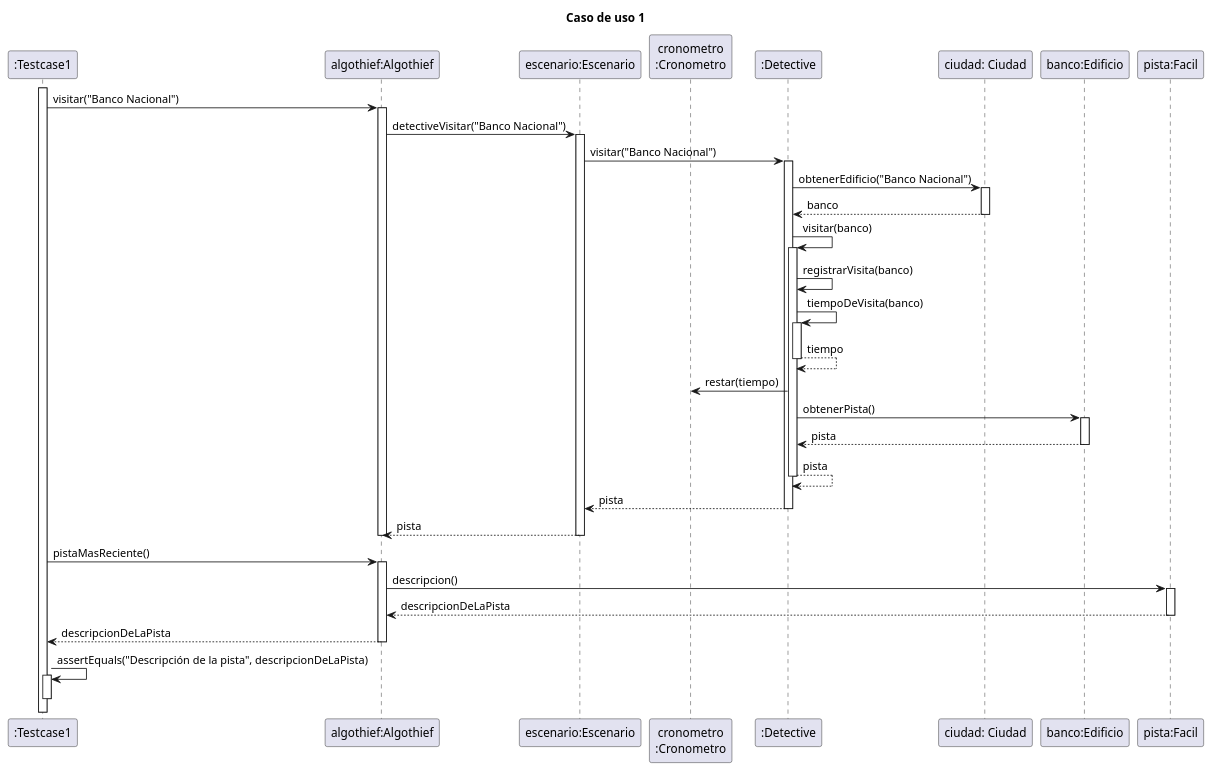
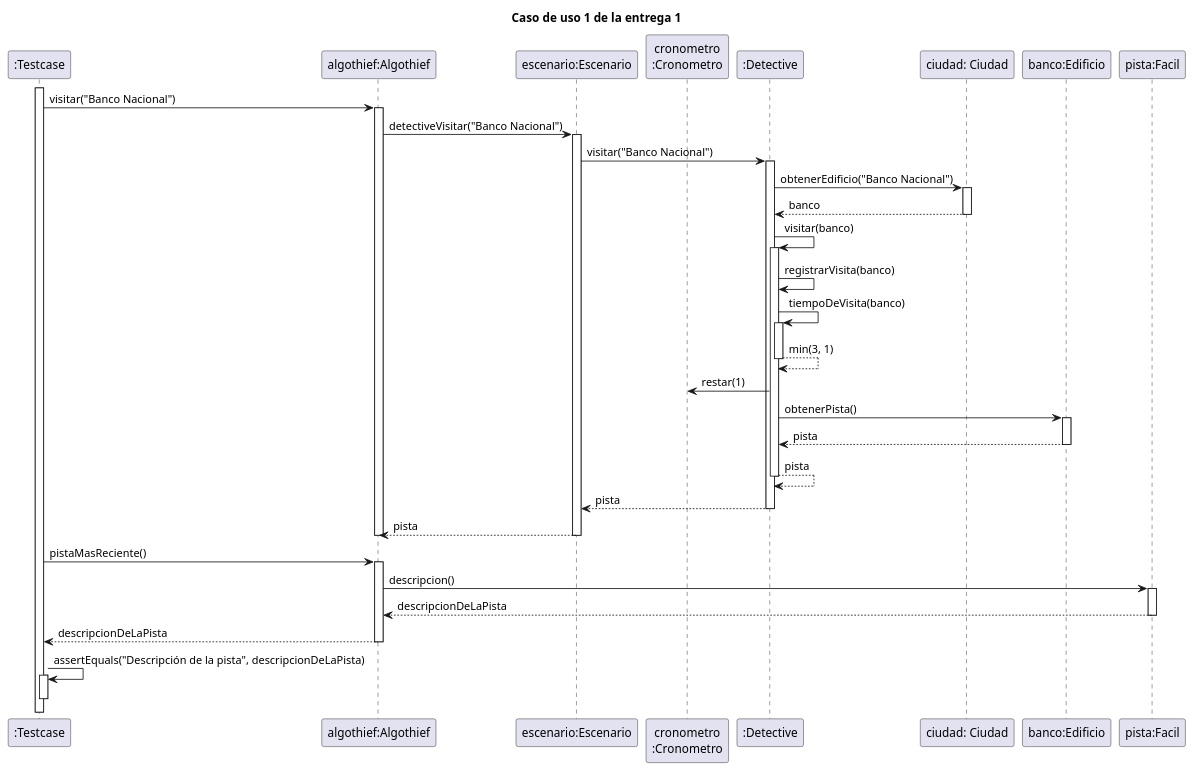
Before and after one commit to MegaRedHand/algo-thief: the diagram in diagrams/sequences/secuencia_entrega1_testcase01.plantuml, drawn with PlantUML. The commit also changed 20 other files, not shown here.

Commit message:
docs: actualizo diagramas de secuencia de los casos de uso 3 y 4

```diff
--- a/diagrams/sequences/secuencia_entrega1_testcase01.plantuml
+++ b/diagrams/sequences/secuencia_entrega1_testcase01.plantuml
@@ -1,41 +1,41 @@
 @startuml
 
-title "Caso de uso 1"
+title "Caso de uso 1 de la entrega 1"
 
-participant ":Testcase1" as testcase
+participant ":Testcase" as testcase
 participant "algothief:Algothief" as algothief
 participant "escenario:Escenario" as escenario
 participant "cronometro\n:Cronometro" as cron
 participant ":Detective" as detective
 participant "ciudad: Ciudad" as ciudad
 participant "banco:Edificio" as banco
 participant "pista:Facil" as pista
 
 
 activate testcase
 testcase -> algothief++: visitar("Banco Nacional")
     algothief -> escenario++: detectiveVisitar("Banco Nacional")
         escenario -> detective++: visitar("Banco Nacional")
             detective -> ciudad++: obtenerEdificio("Banco Nacional")
                 return banco
             detective -> detective++: visitar(banco)
                 detective -> detective: registrarVisita(banco)
                 detective -> detective++: tiempoDeVisita(banco)
-                    return tiempo
-                detective -> cron: restar(tiempo)
+                    return min(3, 1)
+                detective -> cron: restar(1)
                 detective -> banco++: obtenerPista()
                     return pista
                 return pista
             return pista
         return pista
     deactivate algothief
 
 testcase -> algothief++: pistaMasReciente()
     algothief -> pista++: descripcion()
         return descripcionDeLaPista
     return descripcionDeLaPista
 
 testcase -> testcase++: assertEquals("Descripción de la pista", descripcionDeLaPista)
 deactivate testcase
 
 @enduml
```
